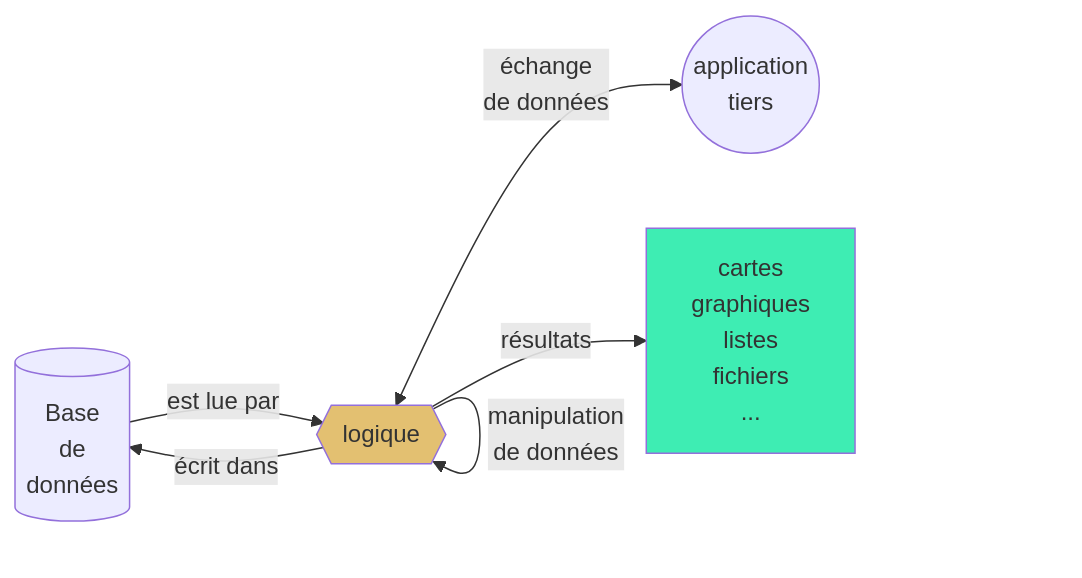
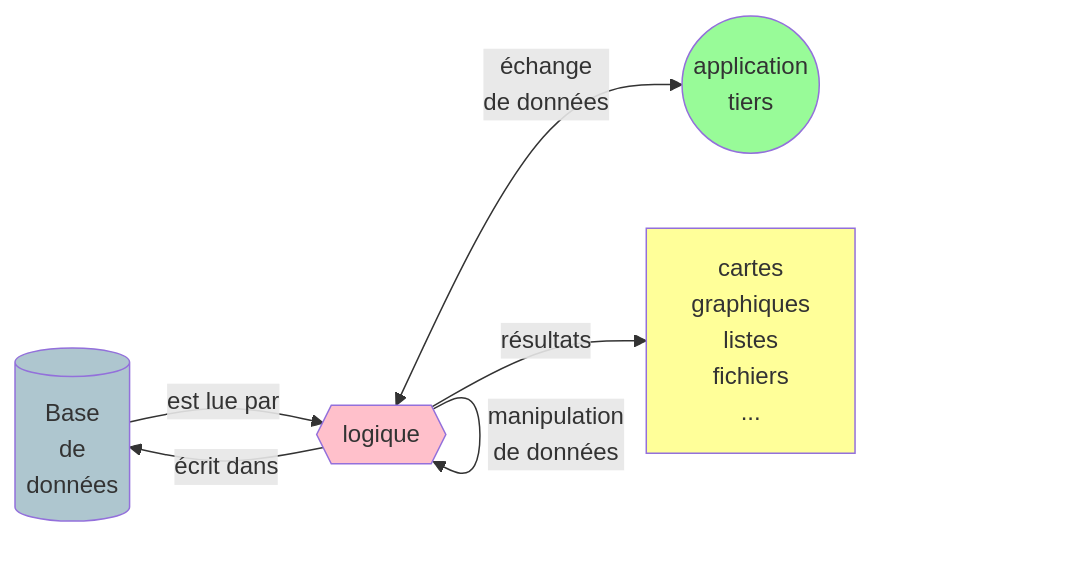
Before and after one commit to zoometh/thomashuet: the diagram in profiles/arcam-traject/README.md, drawn with Mermaid. The commit also changed 4 other files, not shown here.

````diff
--- a/profiles/arcam-traject/README.md
+++ b/profiles/arcam-traject/README.md
@@ -107,10 +107,12 @@
 ```mermaid
 flowchart LR
-    A[(Base<br>de<br>données)] -- est lue par --> B{{logique}}:::logic;
+    A[(Base<br>de<br>données)]:::semantic -- est lue par --> B{{logique}}:::logic;
     B -- "écrit dans" --> A;
     B -- manipulation<br>de données --> B;
-    B <-- "échange<br>de données" --> C((application<br>tiers));
+    B <-- "échange<br>de données" --> C((application<br>tiers)):::third;
     B -- résultats --> D[cartes<br>graphiques<br>listes<br>fichiers<br>...]:::output;;
-    classDef logic fill:#e3c071;
-	classDef output fill:#3eedb3;
+    classDef logic fill:#FFC0CB;
+	classDef semantic fill:#AEC6CF;
+    classDef third fill:#98FB98;
+    classDef output fill:#FFFF99;
 ```
````
